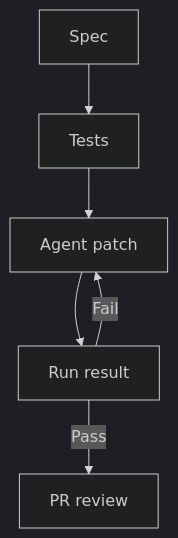
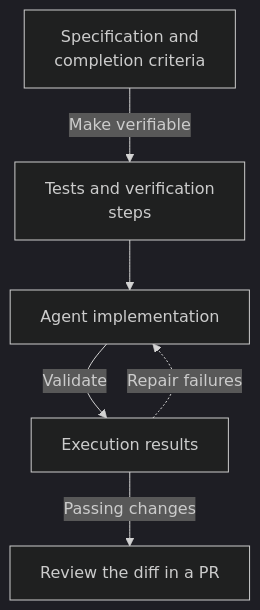
One commit to daylight55/research changed the third of 3 diagrams in articles/report/ai-coding-success-practices/en/index.mdx. Above: the diagram before and after it, drawn with Mermaid (dark theme). The commit also changed other lines of this file and 181 other files, not shown here.

First line of the commit message:
全記事の図解368点を再生成し、共通注意書きを削除 (#402)

````diff
--- a/articles/report/ai-coding-success-practices/en/index.mdx
+++ b/articles/report/ai-coding-success-practices/en/index.mdx
@@ -128,8 +139,15 @@
 ```mermaid
 flowchart TD
-  S["Spec"] --> T["Tests"]
-  T --> A["Agent patch"]
-  A --> R["Run result"]
-  R -->|Fail| A
-  R -->|Pass| P["PR review"]
+  accTitle: Feed failed checks back into implementation
+  accDescr: Translate the specification into checks. Return failed results to implementation and review passing changes in a PR.
+  N0["Specification and<br/>completion criteria"]
+  N1["Tests and verification<br/>steps"]
+  N2["Agent implementation"]
+  N3["Execution results"]
+  N4["Review the diff in a PR"]
+  N0 -->|Make verifiable| N1
+  N1 --> N2
+  N2 -->|Validate| N3
+  N3 -.->|Repair failures| N2
+  N3 -->|Passing changes| N4
 ```
````
